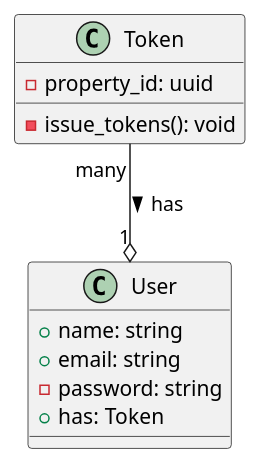
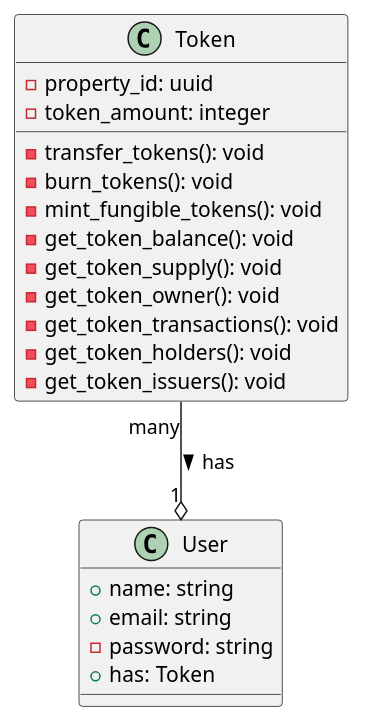
The diagram in class_diagram.puml (reft-natan-m/reft), drawn with PlantUML before and after one commit.

Commit message:
added comments

```diff
--- a/class_diagram.puml
+++ b/class_diagram.puml
@@ -1,15 +1,45 @@
 @startuml ClassDiagram
+/'
+To run this diagram, you can use the following URL:
+http://www.plantuml.com/plantuml/uml/
+
+In VS Code, you can use the PlantUML extension to preview the diagram.
+https://marketplace.visualstudio.com/items?itemName=jebbs.plantuml
+Be sure to set your settings to use the plantuml server to render and add the main uml server link
+
+class diagram guidelines:
+https://plantuml.com/class-diagram
+'/
+
+
+/'
+Token class
+
+This class represents a fungible token.
+It is based off the ERC-1155 specification.
+https://ethereum.org/en/developers/docs/standards/tokens/erc-1155/
+https://docs.openzeppelin.com/contracts/3.x/erc1155
+'/
 class Token {
-  - property_id: uuid
-  - issue_tokens(): void
+    - property_id: uuid
+    - token_amount: integer
+    - transfer_tokens(): void
+    - burn_tokens(): void
+    - mint_fungible_tokens(): void
+    - get_token_balance(): void
+    - get_token_supply(): void
+    - get_token_owner(): void
+    - get_token_transactions(): void
+    - get_token_holders(): void
+    - get_token_issuers(): void
 }
 
 class User {
-  + name: string
-  + email: string
-  - password: string
-  + has: Token
+    + name: string
+    + email: string
+    - password: string
+    + has: Token
 }
 
 Token "many" --o "1" User: has >
 @enduml
```
